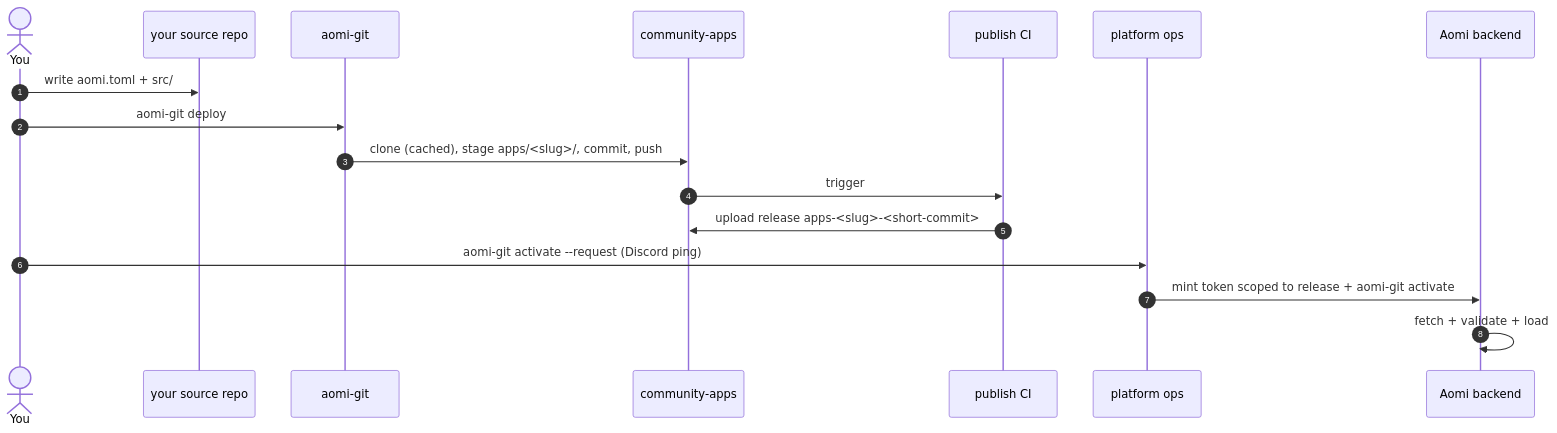
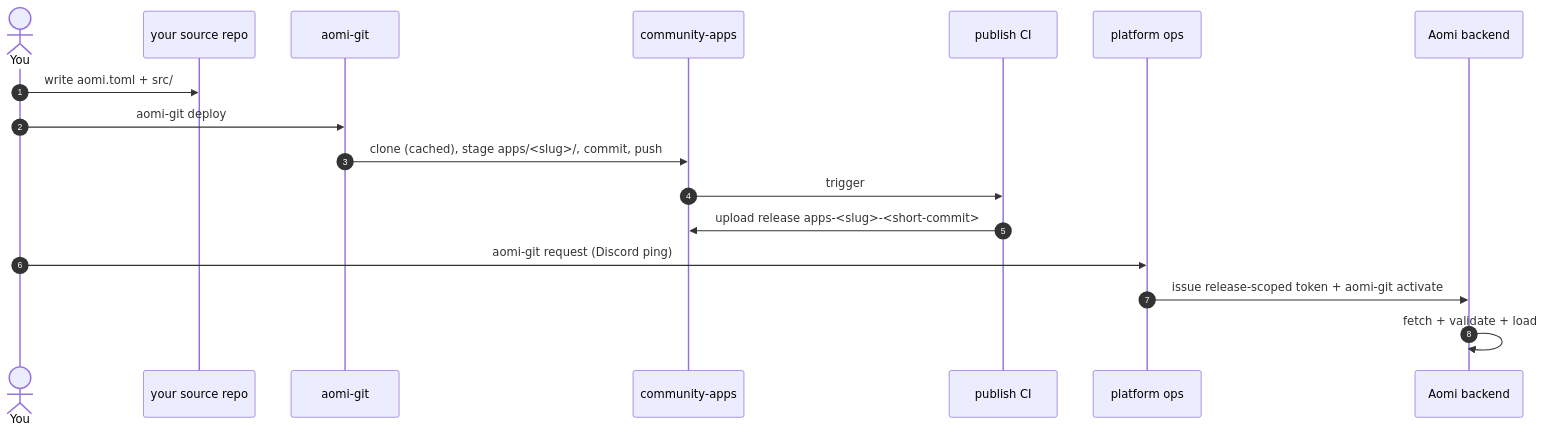
One commit to aomi-labs/community-apps changed the diagram in CONTRIBUTING.md. Above: the diagram before and after it, drawn with Mermaid. The commit also changed other lines of this file, not shown here.

First line of the commit message:
docs(contributing): align with new aomi-git flow (request subcommand, explicit activate)

````diff
--- a/CONTRIBUTING.md
+++ b/CONTRIBUTING.md
@@ -10,20 +10,20 @@
 ```mermaid
 sequenceDiagram
     autonumber
     actor You
     participant Src as your source repo
     participant CLI as aomi-git
     participant Repo as community-apps
     participant CI as publish CI
     participant Ops as platform ops
     participant BE as Aomi backend
 
     You->>Src: write aomi.toml + src/
     You->>CLI: aomi-git deploy
     CLI->>Repo: clone (cached), stage apps/<slug>/, commit, push
     Repo->>CI: trigger
     CI->>Repo: upload release apps-<slug>-<short-commit>
-    You->>Ops: aomi-git activate --request (Discord ping)
-    Ops->>BE: mint token scoped to release + aomi-git activate
+    You->>Ops: aomi-git request (Discord ping)
+    Ops->>BE: issue release-scoped token + aomi-git activate
     BE->>BE: fetch + validate + load
 ```
````
